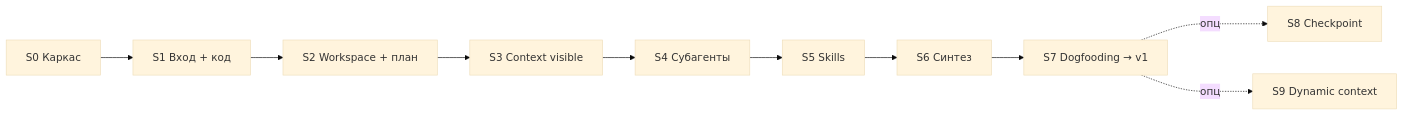
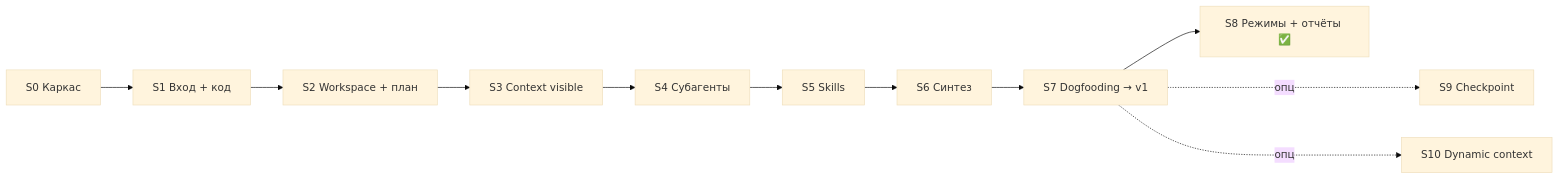
The diagram in ai-homework-mentor/roadmap.md (apfisenko/Deep-Agents-Live), drawn with Mermaid (base theme) before and after one commit. The commit also changed other lines of this file and 160 other files, not shown here.

````diff
--- a/ai-homework-mentor/roadmap.md
+++ b/ai-homework-mentor/roadmap.md
@@ -33,12 +33,13 @@
 ```mermaid
 flowchart LR
     S0["S0 Каркас"] --> S1["S1 Вход + код"]
     S1 --> S2["S2 Workspace + план"]
     S2 --> S3["S3 Context visible"]
     S3 --> S4["S4 Субагенты"]
     S4 --> S5["S5 Skills"]
     S5 --> S6["S6 Синтез"]
     S6 --> S7["S7 Dogfooding → v1"]
-    S7 -.опц..-> S8["S8 Checkpoint"]
-    S7 -.опц..-> S9["S9 Dynamic context"]
+    S7 --> S8["S8 Режимы + отчёты ✅"]
+    S7 -.опц..-> S9["S9 Checkpoint"]
+    S7 -.опц..-> S10["S10 Dynamic context"]
 ```
````
